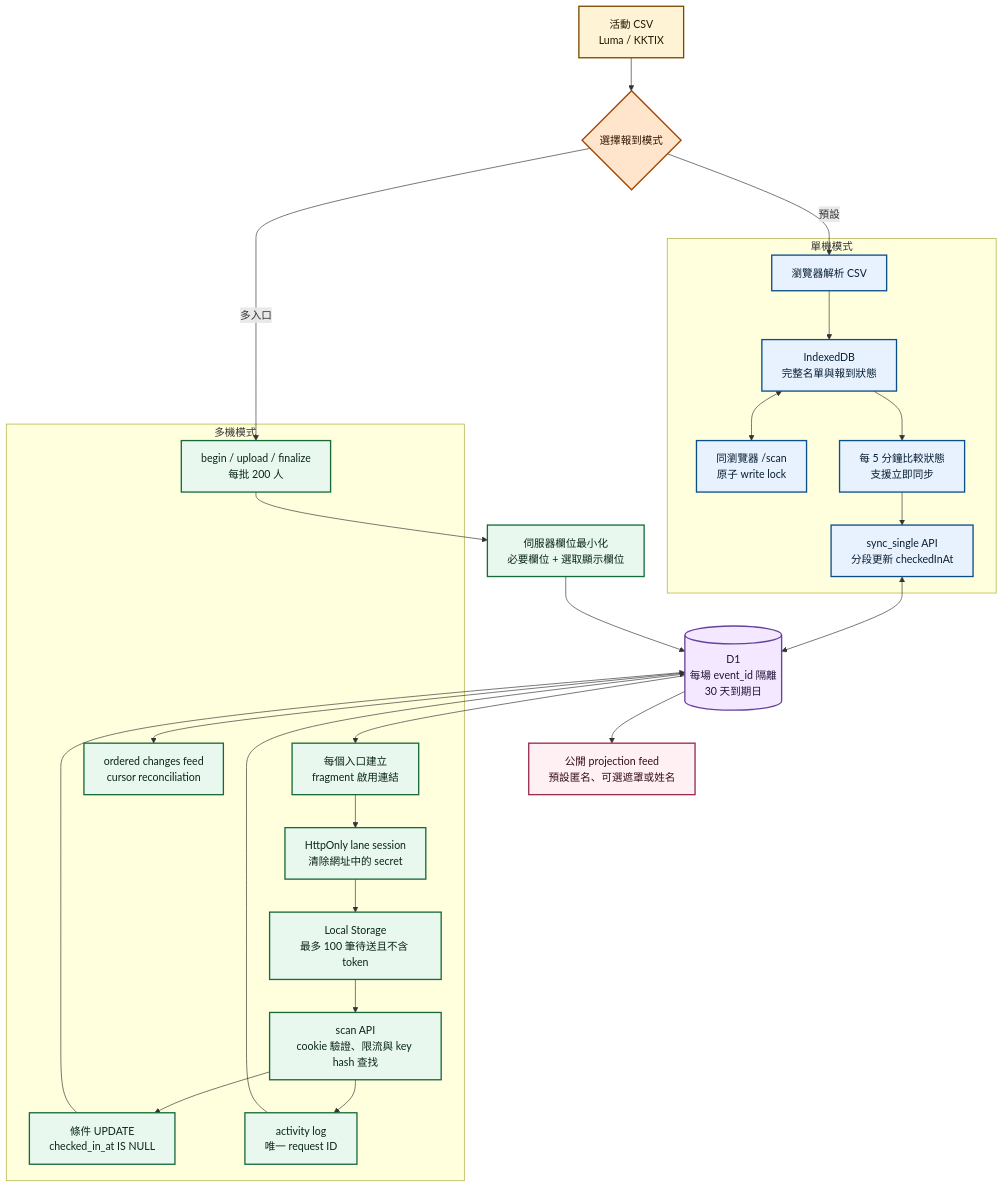
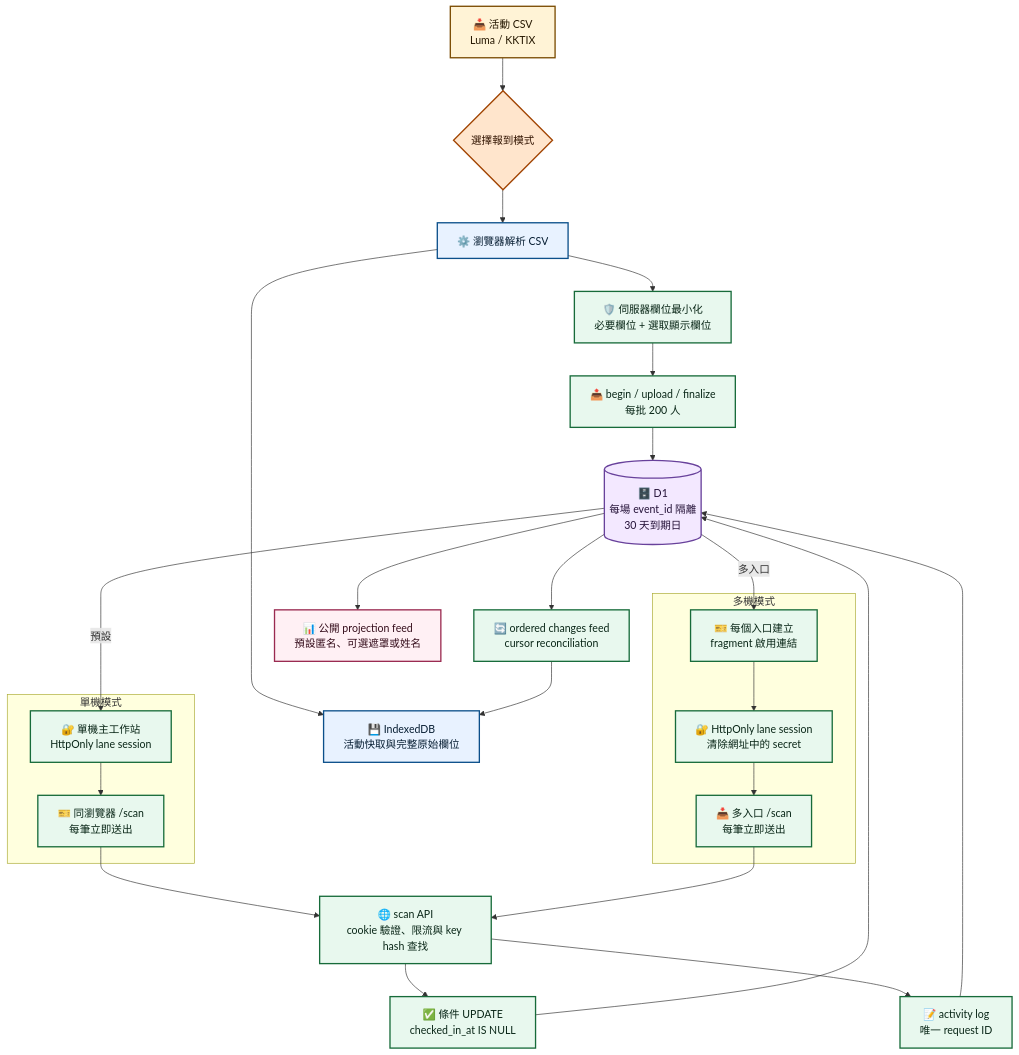
The diagram in docs/diagrams/architecture_02_flowchart_checkin_modes.mmd (hlb/checkin-pod), drawn with Mermaid before and after one commit. The commit also changed 19 other files, not shown here.

```diff
--- a/docs/diagrams/architecture_02_flowchart_checkin_modes.mmd
+++ b/docs/diagrams/architecture_02_flowchart_checkin_modes.mmd
@@ -1,61 +1,60 @@
 flowchart TB
-    CSV["活動 CSV<br/>Luma / KKTIX"]
+    CSV["📥 活動 CSV<br/>Luma / KKTIX"]
     SELECT{"選擇報到模式"}
+    PARSE["⚙️ 瀏覽器解析 CSV"]
+    IDB["💾 IndexedDB<br/>活動快取與完整原始欄位"]
+    MINIMIZE["🛡️ 伺服器欄位最小化<br/>必要欄位 + 選取顯示欄位"]
+    IMPORT["📤 begin / upload / finalize<br/>每批 200 人"]
 
     subgraph SINGLE["單機模式"]
-        PARSE_LOCAL["瀏覽器解析 CSV"]
-        IDB["IndexedDB<br/>完整名單與報到狀態"]
-        LOCAL_SCAN["同瀏覽器 /scan<br/>原子 write lock"]
-        SIGNATURE["每 5 分鐘比較狀態<br/>支援立即同步"]
-        SINGLE_API["sync_single API<br/>分段更新 checkedInAt"]
+        SINGLE_LANE["🔐 單機主工作站<br/>HttpOnly lane session"]
+        SINGLE_SCAN["🎫 同瀏覽器 /scan<br/>每筆立即送出"]
     end
 
     subgraph MULTI["多機模式"]
-        IMPORT["begin / upload / finalize<br/>每批 200 人"]
-        LANES["每個入口建立<br/>fragment 啟用連結"]
-        COOKIE["HttpOnly lane session<br/>清除網址中的 secret"]
-        QUEUE["Local Storage<br/>最多 100 筆待送且不含 token"]
-        SCAN_API["scan API<br/>cookie 驗證、限流與 key hash 查找"]
-        ATOMIC["條件 UPDATE<br/>checked_in_at IS NULL"]
-        ACTIVITY["activity log<br/>唯一 request ID"]
-        CHANGES["ordered changes feed<br/>cursor reconciliation"]
+        LANES["🎫 每個入口建立<br/>fragment 啟用連結"]
+        COOKIE["🔐 HttpOnly lane session<br/>清除網址中的 secret"]
+        MULTI_SCAN["📥 多入口 /scan<br/>每筆立即送出"]
     end
 
-    MINIMIZE["伺服器欄位最小化<br/>必要欄位 + 選取顯示欄位"]
-    D1[("D1<br/>每場 event_id 隔離<br/>30 天到期日")]
-    PUBLIC["公開 projection feed<br/>預設匿名、可選遮罩或姓名"]
+    SCAN_API["🌐 scan API<br/>cookie 驗證、限流與 key hash 查找"]
+    ATOMIC["✅ 條件 UPDATE<br/>checked_in_at IS NULL"]
+    ACTIVITY["📝 activity log<br/>唯一 request ID"]
+    CHANGES["🔄 ordered changes feed<br/>cursor reconciliation"]
+    D1[("🗄️ D1<br/>每場 event_id 隔離<br/>30 天到期日")]
+    PUBLIC["📊 公開 projection feed<br/>預設匿名、可選遮罩或姓名"]
 
     CSV --> SELECT
-    SELECT -->|"預設"| PARSE_LOCAL
-    SELECT -->|"多入口"| IMPORT
-    PARSE_LOCAL --> IDB
-    IDB <--> LOCAL_SCAN
-    IDB --> SIGNATURE
-    SIGNATURE --> SINGLE_API
-    SINGLE_API <--> D1
-    IMPORT --> MINIMIZE
-    MINIMIZE --> D1
-    D1 --> LANES
+    SELECT --> PARSE
+    PARSE --> IDB
+    PARSE --> MINIMIZE
+    MINIMIZE --> IMPORT
+    IMPORT --> D1
+    D1 -->|"預設"| SINGLE_LANE
+    SINGLE_LANE --> SINGLE_SCAN
+    SINGLE_SCAN --> SCAN_API
+    D1 -->|"多入口"| LANES
     LANES --> COOKIE
-    COOKIE --> QUEUE
-    QUEUE --> SCAN_API
+    COOKIE --> MULTI_SCAN
+    MULTI_SCAN --> SCAN_API
     SCAN_API --> ATOMIC
     ATOMIC --> D1
     SCAN_API --> ACTIVITY
     ACTIVITY --> D1
     D1 --> CHANGES
+    CHANGES --> IDB
     D1 --> PUBLIC
 
     classDef input fill:#FFF3D6,stroke:#7A4B00,stroke-width:2px,color:#251700
     classDef decision fill:#FFE5CC,stroke:#A14300,stroke-width:2px,color:#321400
     classDef local fill:#E8F2FF,stroke:#0B4F8A,stroke-width:2px,color:#071E33
     classDef shared fill:#E8F8EE,stroke:#176B3A,stroke-width:2px,color:#092617
     classDef store fill:#F3E8FF,stroke:#68419B,stroke-width:2px,color:#241238
     classDef public fill:#FFF0F4,stroke:#9A2A50,stroke-width:2px,color:#350D1B
 
     class CSV input
     class SELECT decision
-    class PARSE_LOCAL,IDB,LOCAL_SCAN,SIGNATURE,SINGLE_API local
-    class IMPORT,MINIMIZE,LANES,COOKIE,QUEUE,SCAN_API,ATOMIC,ACTIVITY,CHANGES shared
+    class PARSE,IDB local
+    class IMPORT,MINIMIZE,SINGLE_LANE,SINGLE_SCAN,LANES,COOKIE,MULTI_SCAN,SCAN_API,ATOMIC,ACTIVITY,CHANGES shared
     class D1 store
     class PUBLIC public
```
